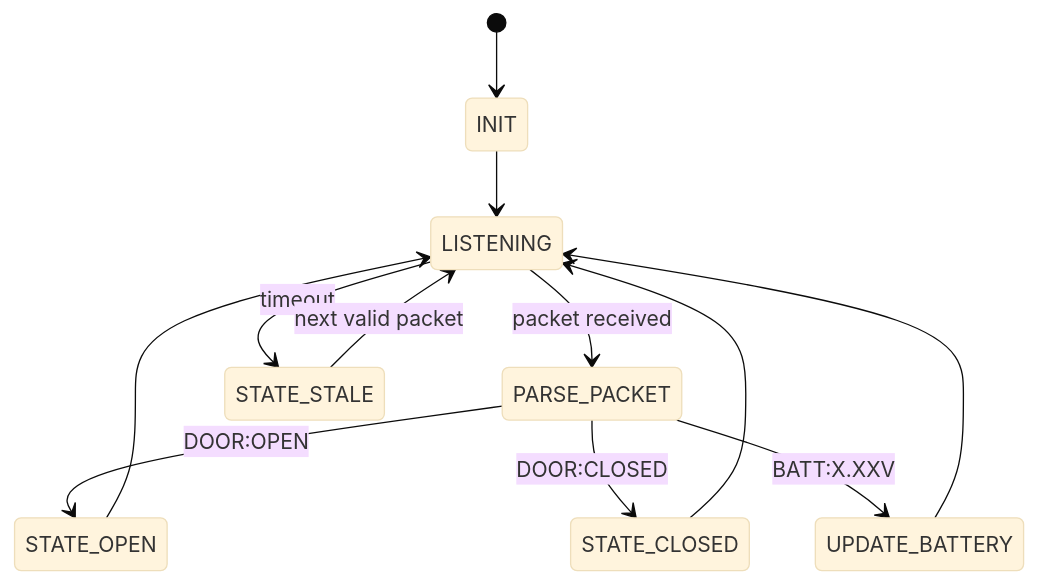
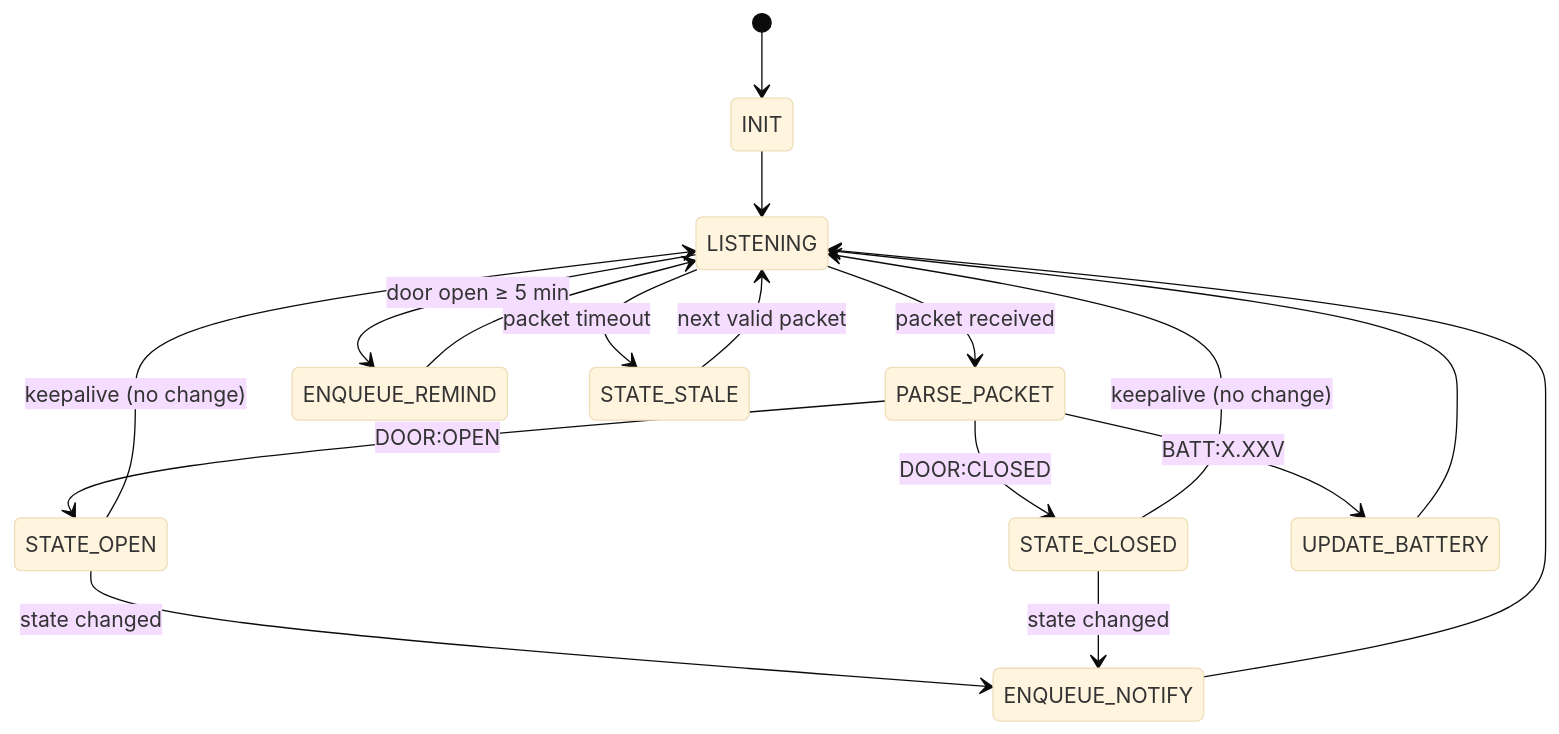
The third of 3 diagrams in README.md (Maksym-UA/Gate_reed_control_2.4ghz), drawn with Mermaid (base theme) before and after one commit. The commit also changed other lines of this file and 3 other files, not shown here.

````diff
--- a/README.md
+++ b/README.md
@@ -305,17 +362,23 @@
 ```mermaid
 stateDiagram-v2
     [*] --> INIT
     INIT --> LISTENING
 
     LISTENING --> PARSE_PACKET : packet received
     PARSE_PACKET --> STATE_OPEN : DOOR:OPEN
     PARSE_PACKET --> STATE_CLOSED : DOOR:CLOSED
     PARSE_PACKET --> UPDATE_BATTERY : BATT:X.XXV
 
-    STATE_OPEN --> LISTENING
-    STATE_CLOSED --> LISTENING
+    STATE_OPEN --> ENQUEUE_NOTIFY : state changed
+    STATE_OPEN --> LISTENING : keepalive (no change)
+    STATE_CLOSED --> ENQUEUE_NOTIFY : state changed
+    STATE_CLOSED --> LISTENING : keepalive (no change)
+    ENQUEUE_NOTIFY --> LISTENING
     UPDATE_BATTERY --> LISTENING
 
-    LISTENING --> STATE_STALE : timeout
+    LISTENING --> ENQUEUE_REMIND : door open ≥ 5 min
+    ENQUEUE_REMIND --> LISTENING
+
+    LISTENING --> STATE_STALE : packet timeout
     STATE_STALE --> LISTENING : next valid packet
 ```
````
